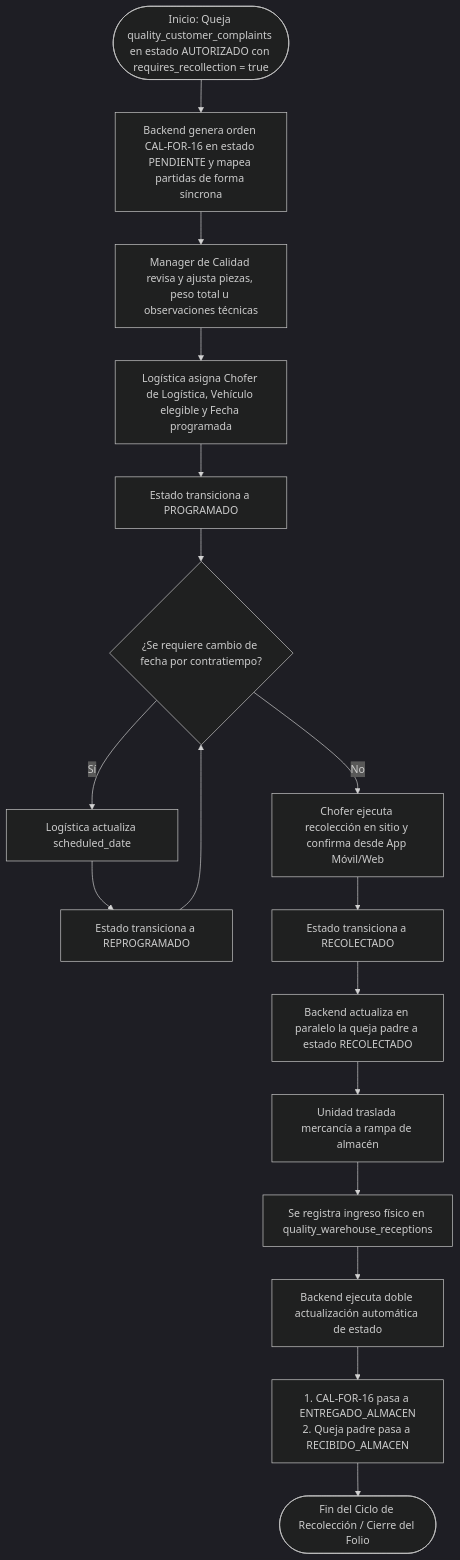
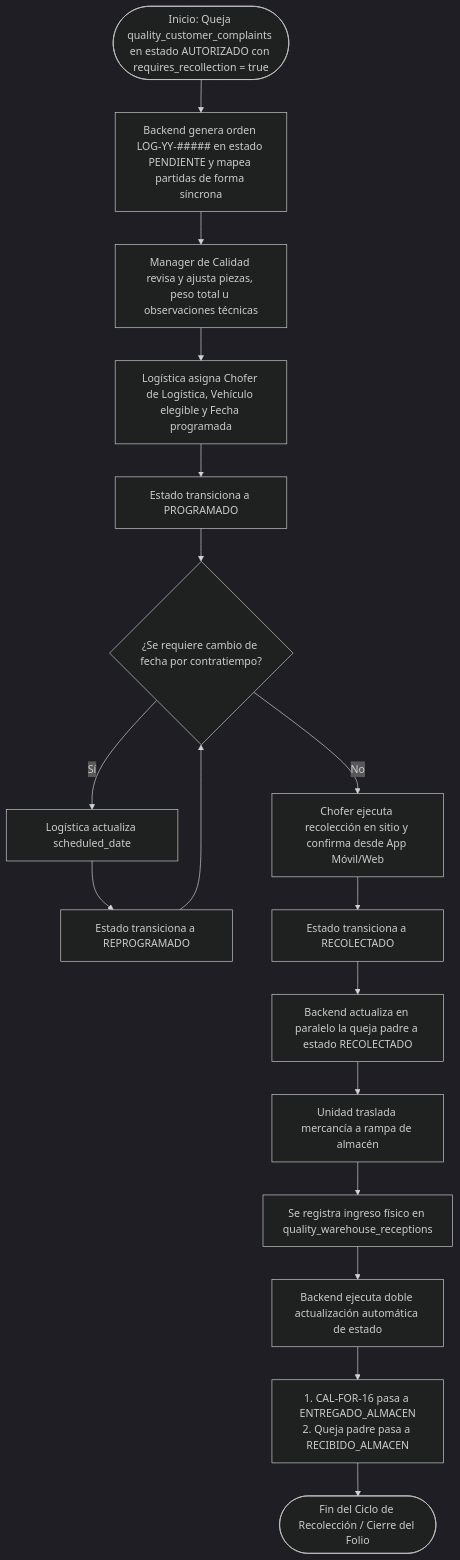
The first of 4 diagrams in docs/modules/product_recollection.md (Automatizacion-KPC/KoonolApp), drawn with Mermaid (dark theme) before and after one commit. The commit also changed other lines of this file and 1 other file, not shown here.

Commit message:
docs(global/docs): actualizar folio del documento CAL-FOR-16 a LOG-YY-##### [chore]

````diff
--- a/docs/modules/product_recollection.md
+++ b/docs/modules/product_recollection.md
@@ -128,21 +128,21 @@
 ```mermaid
 graph TD
-    A([Inicio: Queja quality_customer_complaints en estado AUTORIZADO con requires_recollection = true]) --> B[Backend genera orden CAL-FOR-16 en estado PENDIENTE y mapea partidas de forma síncrona]
+    A([Inicio: Queja quality_customer_complaints en estado AUTORIZADO con requires_recollection = true]) --> B[Backend genera orden LOG-YY-##### en estado PENDIENTE y mapea partidas de forma síncrona]
     B --> C[Manager de Calidad revisa y ajusta piezas, peso total u observaciones técnicas]
     C --> D[Logística asigna Chofer de Logística, Vehículo elegible y Fecha programada]
     D --> E[Estado transiciona a PROGRAMADO]
 
     E --> F{¿Se requiere cambio de fecha por contratiempo?}
     F -- Sí --> G[Logística actualiza scheduled_date]
     G --> H[Estado transiciona a REPROGRAMADO]
     H --> F
 
     F -- No --> I[Chofer ejecuta recolección en sitio y confirma desde App Móvil/Web]
     I --> J[Estado transiciona a RECOLECTADO]
     J --> K[Backend actualiza en paralelo la queja padre a estado RECOLECTADO]
     K --> L[Unidad traslada mercancía a rampa de almacén]
     L --> M[Se registra ingreso físico en quality_warehouse_receptions]
     M --> N[Backend ejecuta doble actualización automática de estado]
     N --> O["1. CAL-FOR-16 pasa a ENTREGADO_ALMACEN<br/>2. Queja padre pasa a RECIBIDO_ALMACEN"]
     O --> P([Fin del Ciclo de Recolección / Cierre del Folio])
 ```
````
